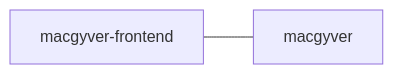
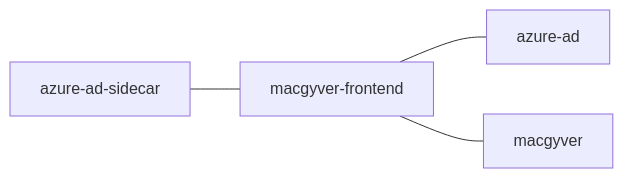
The diagram in README.md (navikt/macgyver-frontend), drawn with Mermaid before and after one commit.

Commit message:
Updated the high level flow of the application

````diff
--- a/README.md
+++ b/README.md
@@ -50,4 +50,6 @@
 ```mermaid
   graph LR;
+      azure-ad-sidecar --- macgyver-frontend;
+      macgyver-frontend---azure-ad;
       macgyver-frontend---macgyver;
 ```
````
